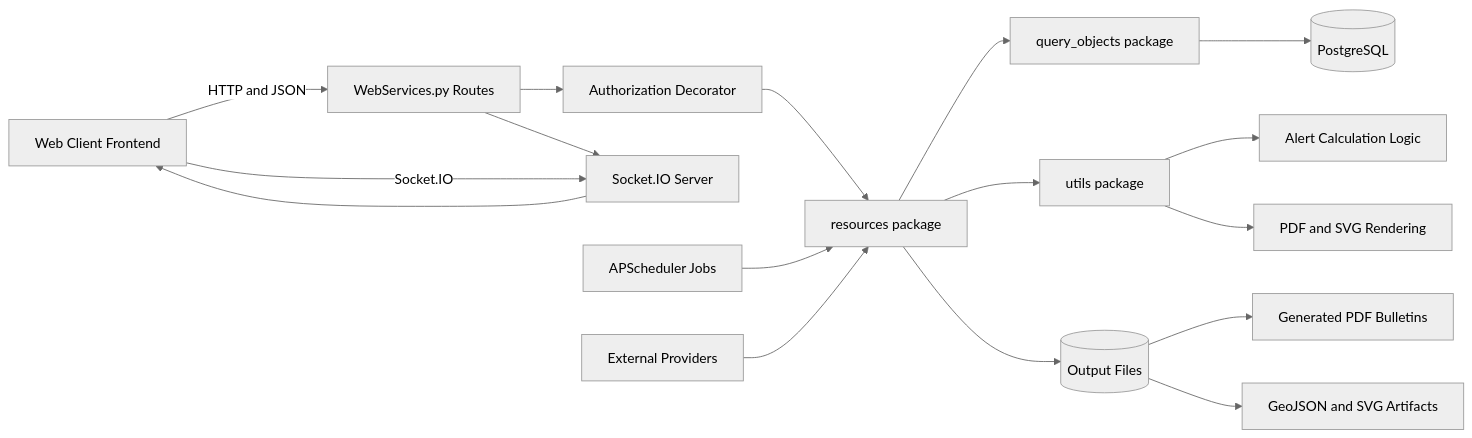
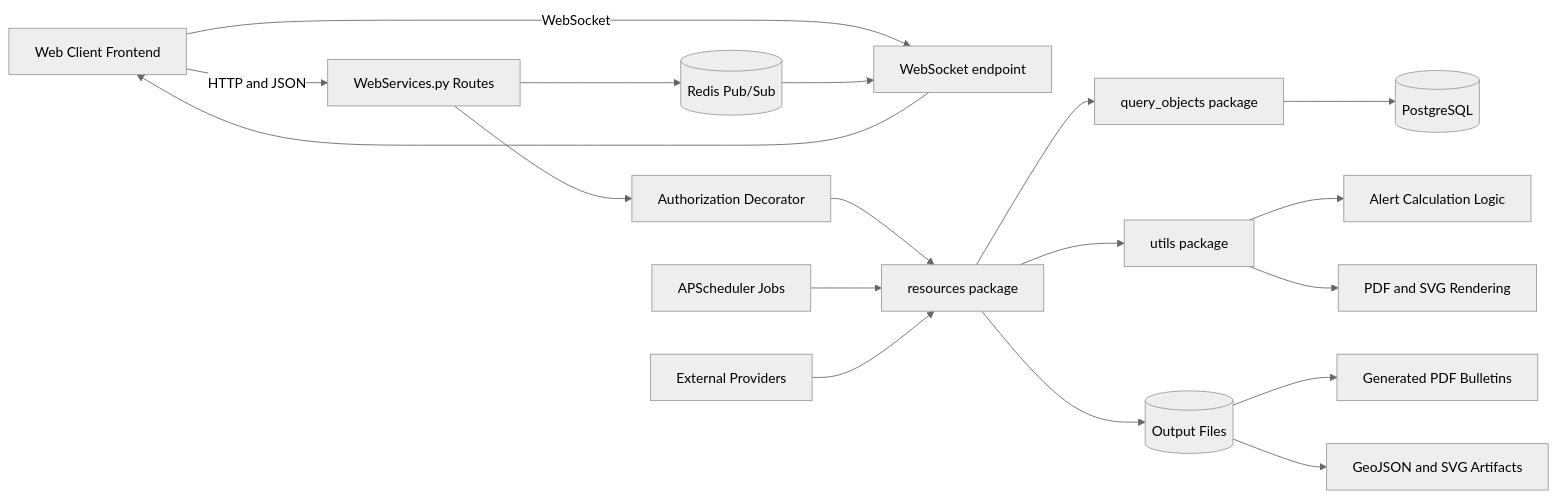
Before and after one commit to Maxcasa/bollettino_cfd_backend: the first of 7 diagrams in diagrams.md, drawn with Mermaid (neutral theme). The commit also changed other lines of this file and 5 other files, not shown here.

````diff
--- a/diagrams.md
+++ b/diagrams.md
@@ -7,24 +7,25 @@
 ```mermaid
 flowchart LR
     FE[Web Client Frontend] -->|HTTP and JSON| WS[WebServices.py Routes]
-    FE -->|Socket.IO| SO[Socket.IO Server]
+    FE -->|WebSocket| SO[WebSocket endpoint]
 
     WS --> AUTH[Authorization Decorator]
     AUTH --> RES[resources package]
     RES --> QRY[query_objects package]
     QRY --> DB[(PostgreSQL)]
 
     RES --> UTIL[utils package]
     UTIL --> CALC[Alert Calculation Logic]
     UTIL --> RENDER[PDF and SVG Rendering]
 
     RES --> OUT[(Output Files)]
     OUT --> PDF[Generated PDF Bulletins]
     OUT --> SVG[GeoJSON and SVG Artifacts]
 
-    WS --> SO
+    WS --> REDIS[(Redis Pub/Sub)]
+    REDIS --> SO
     SO --> FE
 
     SCHED[APScheduler Jobs] --> RES
     EXT[External Providers] --> RES
 ```
````
